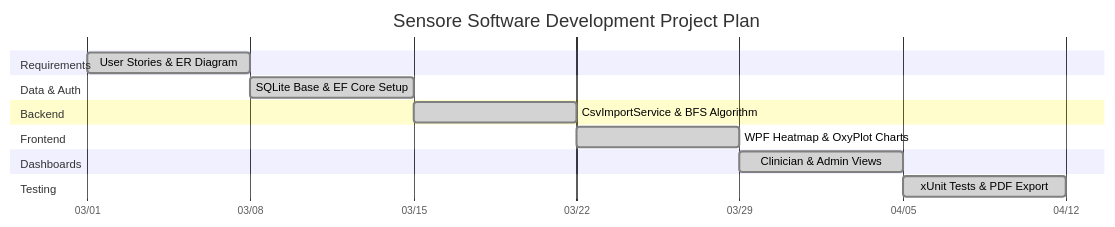
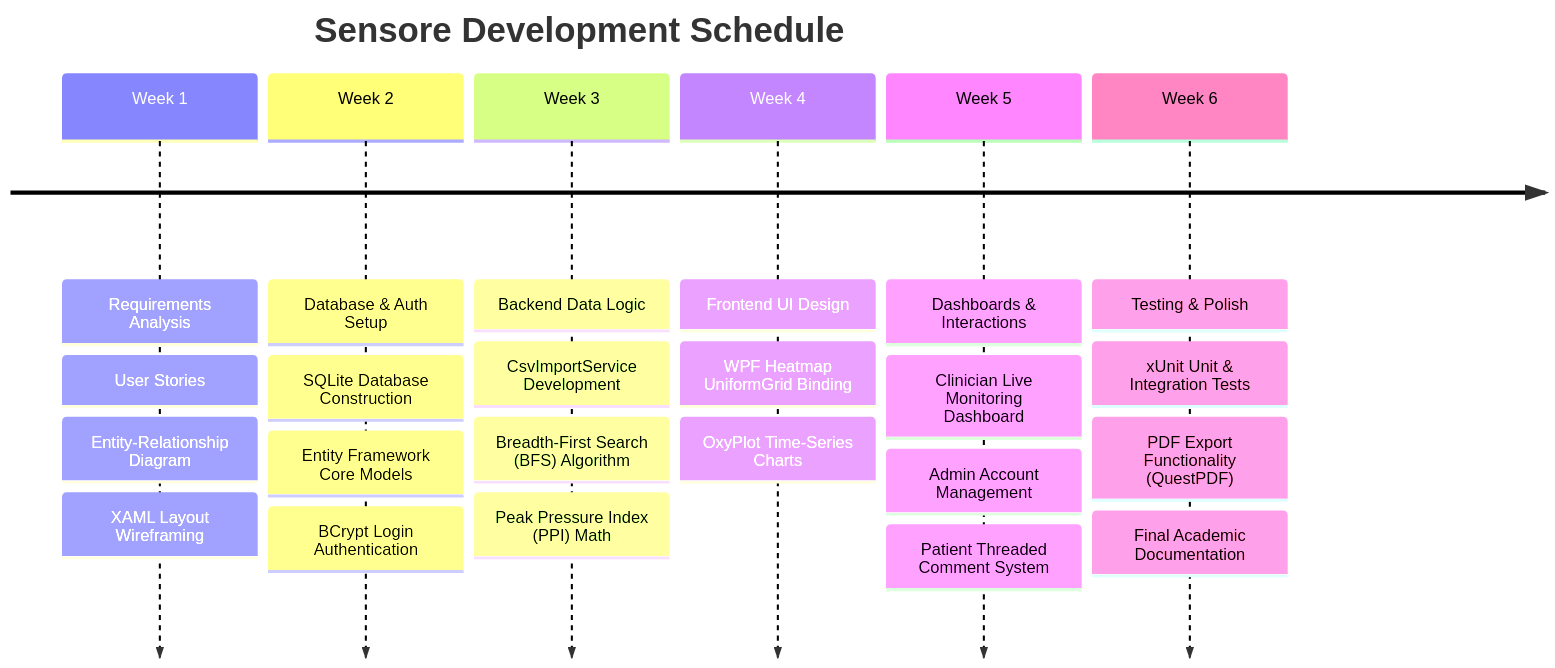
One commit to mahateermuhammad4/Sensore changed the second of 3 diagrams in README.md. Above: the diagram before and after it, drawn with Mermaid. The commit also changed 1 other file, not shown here.

Commit message:
gantt chart

````diff
--- a/README.md
+++ b/README.md
@@ -140,24 +140,27 @@
 ```mermaid
-gantt
-    title Sensore Software Development Project Plan
-    dateFormat  YYYY-MM-DD
-    axisFormat  %m/%d
-    
-    section Requirements
-    User Stories & ER Diagram             :done,    req1, 2026-03-01, 7d
-    
-    section Data & Auth
-    SQLite Base & EF Core Setup           :done,    db1,  after req1, 7d
-    
-    section Backend
-    CsvImportService & BFS Algorithm      :done,    be1,  after db1, 7d
-    
-    section Frontend
-    WPF Heatmap & OxyPlot Charts          :done,    fe1,  after be1, 7d
-    
-    section Dashboards
-    Clinician & Admin Views               :done,    dash1, after fe1, 7d
-    
-    section Testing
-    xUnit Tests & PDF Export              :done,    test1, after dash1, 7d
+timeline
+    title Sensore Development Schedule
+    Week 1 : Requirements Analysis
+           : User Stories
+           : Entity-Relationship Diagram
+           : XAML Layout Wireframing
+    Week 2 : Database & Auth Setup
+           : SQLite Database Construction
+           : Entity Framework Core Models
+           : BCrypt Login Authentication
+    Week 3 : Backend Data Logic
+           : CsvImportService Development
+           : Breadth-First Search (BFS) Algorithm
+           : Peak Pressure Index (PPI) Math
+    Week 4 : Frontend UI Design
+           : WPF Heatmap UniformGrid Binding
+           : OxyPlot Time-Series Charts
+    Week 5 : Dashboards & Interactions
+           : Clinician Live Monitoring Dashboard
+           : Admin Account Management
+           : Patient Threaded Comment System
+    Week 6 : Testing & Polish
+           : xUnit Unit & Integration Tests
+           : PDF Export Functionality (QuestPDF)
+           : Final Academic Documentation
 ```
````
